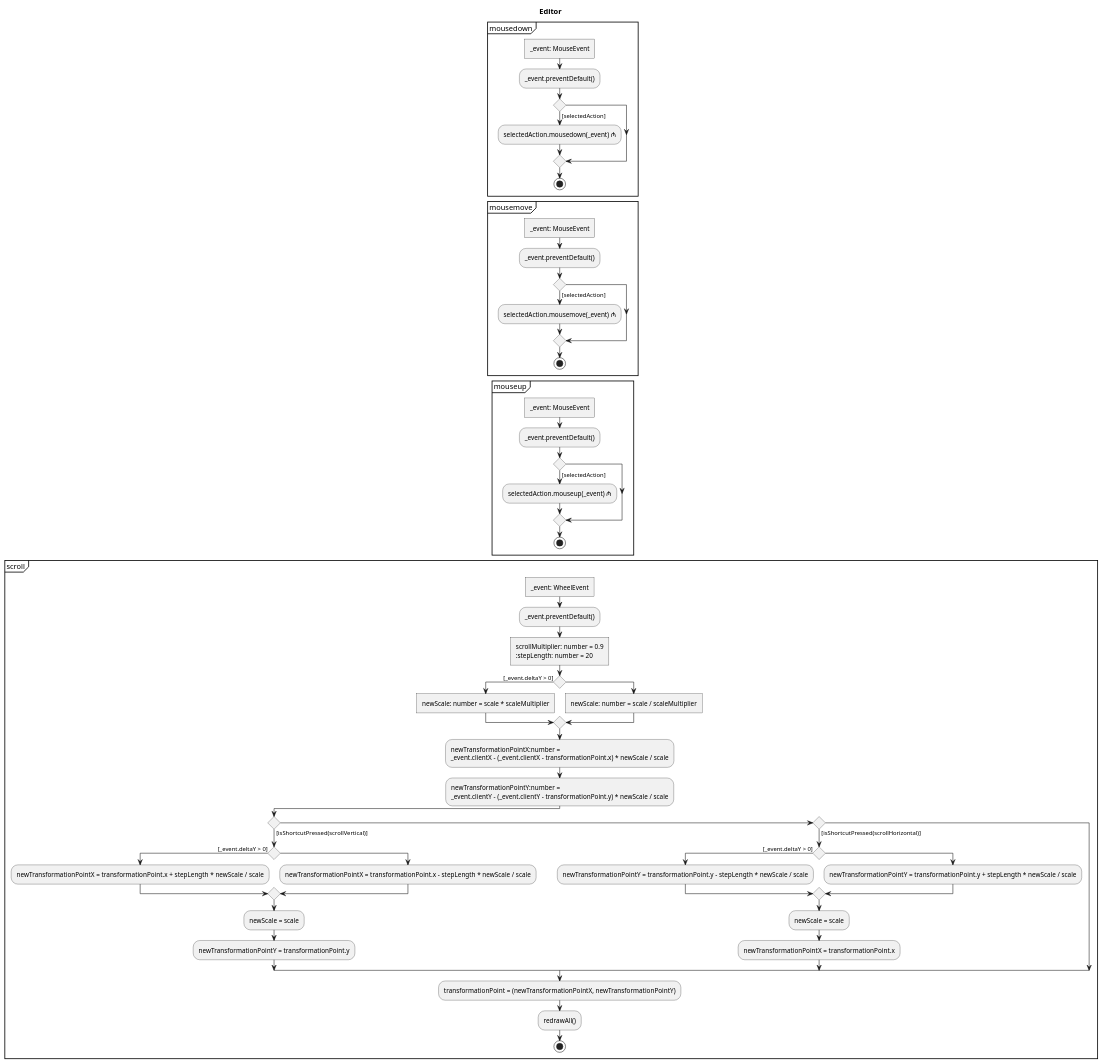
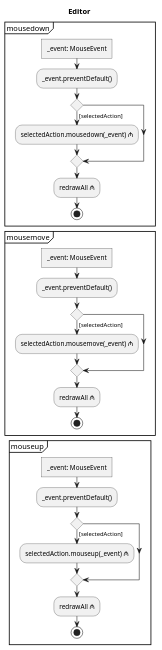
The diagram in Experiments/Lukas/VectorEditor/concept/Activities/Editor/mouseManagement.puml (JirkaDellOro/FUDGE), drawn with PlantUML before and after one commit. The commit also changed 8 other files, not shown here.

Commit message:
more activity diagrams

```diff
--- a/Experiments/Lukas/VectorEditor/concept/Activities/Editor/mouseManagement.puml
+++ b/Experiments/Lukas/VectorEditor/concept/Activities/Editor/mouseManagement.puml
@@ -1,76 +1,37 @@
 @startuml Mouse Management
 skinparam monochrome true
 
 title Editor
 
 partition mousedown {
 	:_event: MouseEvent]
 	:_event.preventDefault();
 	if() then ([selectedAction])
 		:selectedAction.mousedown(_event) ₼;
 	endif
+	:redrawAll ₼;
 	stop 
 }
 break
 
 partition mousemove {
 	:_event: MouseEvent]
 	:_event.preventDefault();
 	if() then ([selectedAction])
 		:selectedAction.mousemove(_event) ₼;
 	endif
+	:redrawAll ₼;
 	stop 
 }
 break
 partition mouseup {
 	:_event: MouseEvent]
 	:_event.preventDefault();
 	if() then ([selectedAction])
 		:selectedAction.mouseup(_event) ₼;
 	endif
+	:redrawAll ₼;
 	stop 
 }
 
-partition scroll {
-	:_event: WheelEvent]
-	:_event.preventDefault();
-	:scrollMultiplier: number = 0.9
-	:stepLength: number = 20]
-	if() then ([_event.deltaY > 0])
-		:newScale: number = scale * scaleMultiplier]
-	else 
-		:newScale: number = scale / scaleMultiplier]
-	endif
-
-	:newTransformationPointX:number = 
-	_event.clientX - (_event.clientX - transformationPoint.x) * newScale / scale;
-	:newTransformationPointY:number = 
-	_event.clientY - (_event.clientY - transformationPoint.y) * newScale / scale;
-
-
-	if() then ([isShortcutPressed(scrollVertical)])
-		if() then ([_event.deltaY > 0])
-			:newTransformationPointX = transformationPoint.x + stepLength * newScale / scale;
-		else 
-			:newTransformationPointX = transformationPoint.x - stepLength * newScale / scale;
-		endif
-		:newScale = scale;
-		:newTransformationPointY = transformationPoint.y;
-	elseif() then ([isShortcutPressed(scrollHorizontal)])
-		if() then ([_event.deltaY > 0])
-			:newTransformationPointY = transformationPoint.y - stepLength * newScale / scale;
-		else 
-			:newTransformationPointY = transformationPoint.y + stepLength * newScale / scale;
-		endif
-		:newScale = scale;
-		:newTransformationPointX = transformationPoint.x;
-	endif
-
-	:transformationPoint = (newTransformationPointX, newTransformationPointY);
-	:redrawAll();
-	stop 
-}
-
-
-
 @enduml
```
